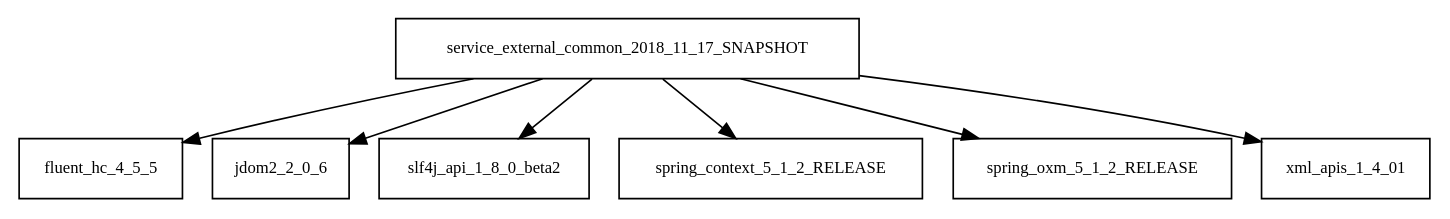
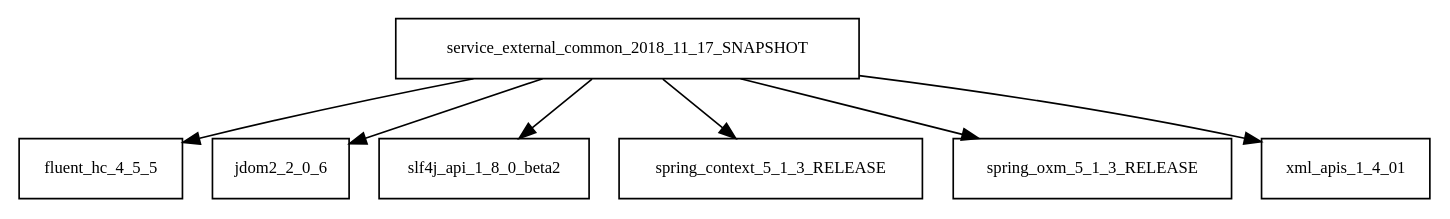
Before and after one commit to Hack23/cia: the diagram in tattleTaleReport/graphviz/service.external.common-2018.11.17-SNAPSHOT.jar/service.external.common-2018.11.17-SNAPSHOT.jar.dot, drawn with Graphviz. The commit also changed 3771 other files, not shown here.

```diff
--- a/tattleTaleReport/graphviz/service.external.common-2018.11.17-SNAPSHOT.jar/service.external.common-2018.11.17-SNAPSHOT.jar.dot
+++ b/tattleTaleReport/graphviz/service.external.common-2018.11.17-SNAPSHOT.jar/service.external.common-2018.11.17-SNAPSHOT.jar.dot
@@ -1,9 +1,9 @@
 digraph service_external_common_2018_11_17_SNAPSHOT_dependencies {
   node [shape = box, fontsize=10.0];
   service_external_common_2018_11_17_SNAPSHOT -> fluent_hc_4_5_5;
   service_external_common_2018_11_17_SNAPSHOT -> jdom2_2_0_6;
   service_external_common_2018_11_17_SNAPSHOT -> slf4j_api_1_8_0_beta2;
-  service_external_common_2018_11_17_SNAPSHOT -> spring_context_5_1_2_RELEASE;
-  service_external_common_2018_11_17_SNAPSHOT -> spring_oxm_5_1_2_RELEASE;
+  service_external_common_2018_11_17_SNAPSHOT -> spring_context_5_1_3_RELEASE;
+  service_external_common_2018_11_17_SNAPSHOT -> spring_oxm_5_1_3_RELEASE;
   service_external_common_2018_11_17_SNAPSHOT -> xml_apis_1_4_01;
 }
```
